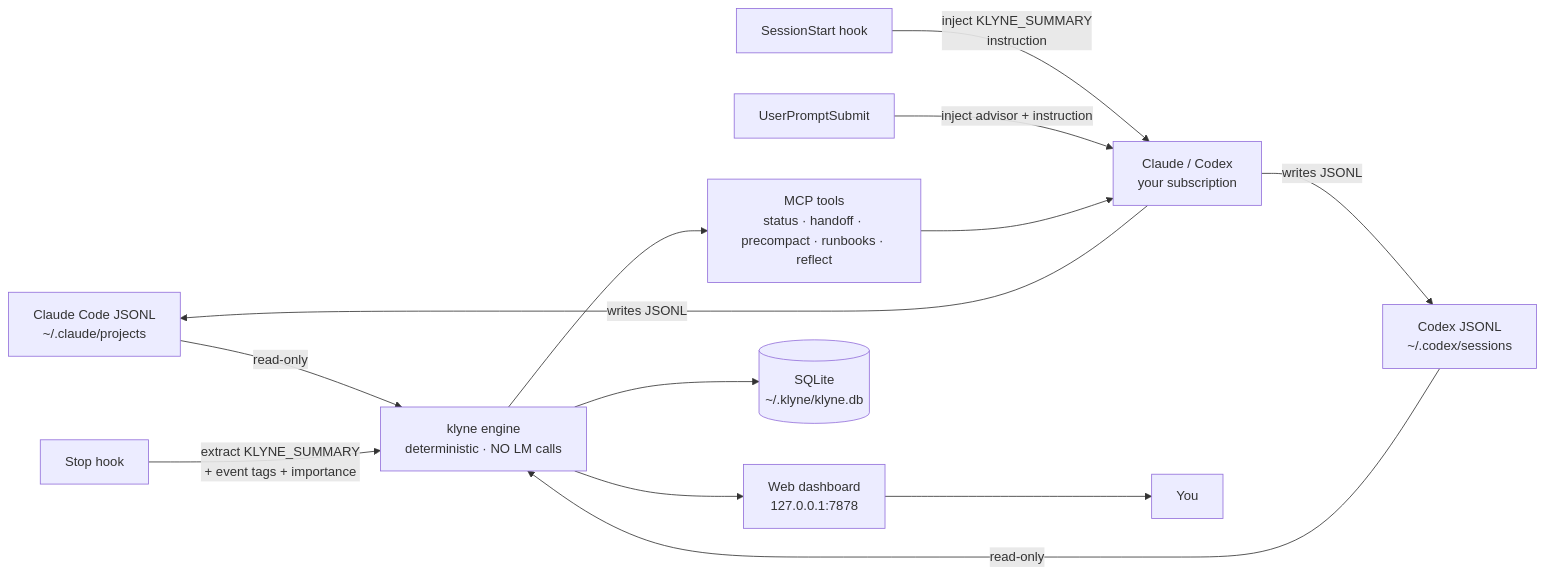
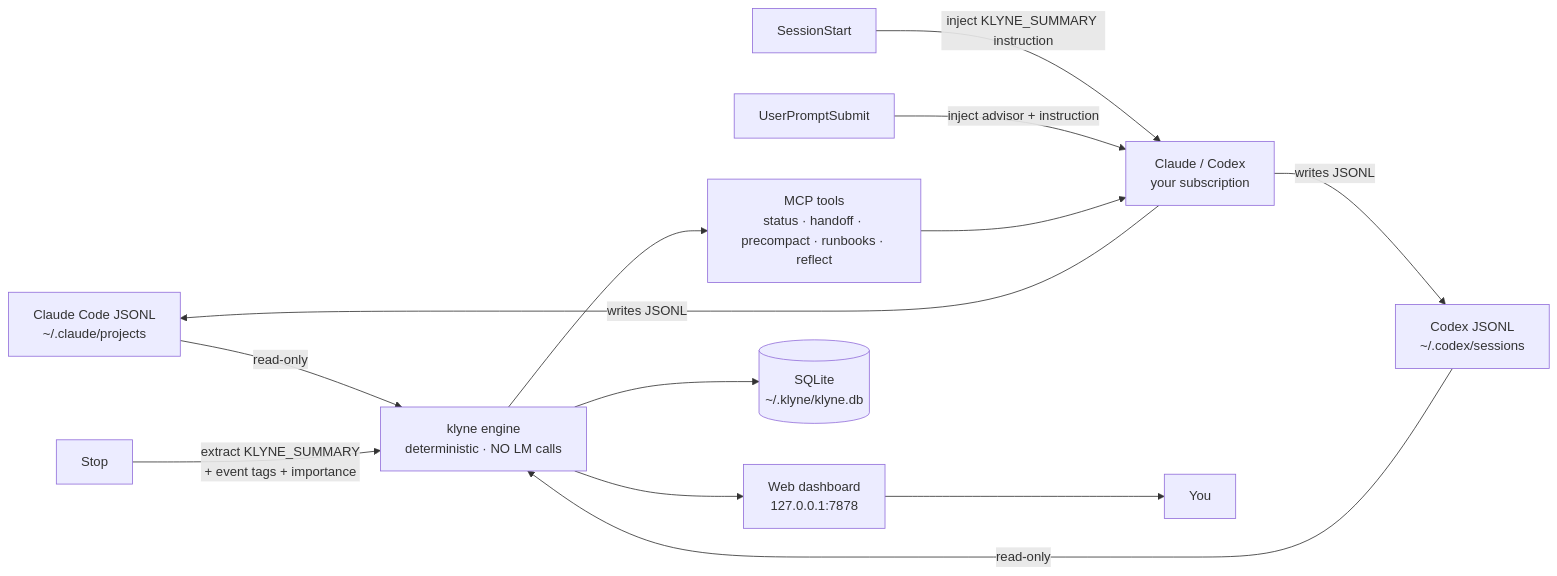
Before and after one commit to klyne-ai/klyne: the diagram in README.md, drawn with Mermaid. The commit also changed other lines of this file, not shown here.

````diff
--- a/README.md
+++ b/README.md
@@ -279,15 +217,15 @@
 ```mermaid
 flowchart LR
   A["Claude Code JSONL<br/>~/.claude/projects"] -->|"read-only"| E["klyne engine<br/>deterministic · NO LM calls"]
   B["Codex JSONL<br/>~/.codex/sessions"] -->|"read-only"| E
-  H1["SessionStart hook"] -->|"inject KLYNE_SUMMARY<br/>instruction"| C["Claude / Codex<br/>your subscription"]
+  H1["SessionStart"] -->|"inject KLYNE_SUMMARY instruction"| C["Claude / Codex<br/>your subscription"]
   H2["UserPromptSubmit"] -->|"inject advisor + instruction"| C
-  H3["Stop hook"] -->|"extract KLYNE_SUMMARY<br/>+ event tags + importance"| E
+  H3["Stop"] -->|"extract KLYNE_SUMMARY<br/>+ event tags + importance"| E
   C -->|"writes JSONL"| A
   C -->|"writes JSONL"| B
   E --> M["MCP tools<br/>status · handoff · precompact · runbooks · reflect"]
   E --> W["Web dashboard<br/>127.0.0.1:7878"]
   E --> DB[("SQLite<br/>~/.klyne/klyne.db")]
   M --> C
   W --> U["You"]
 ```
````
